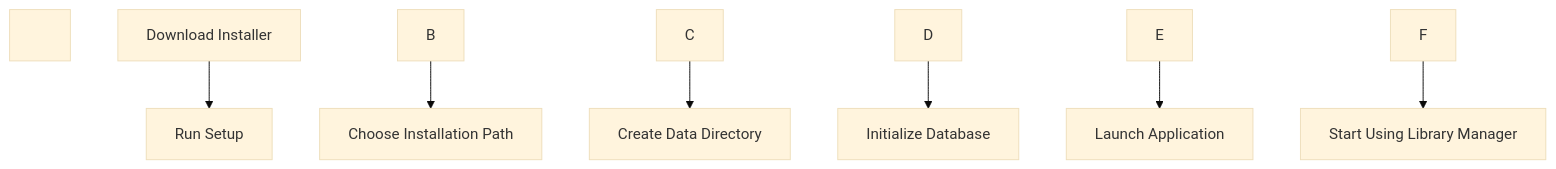
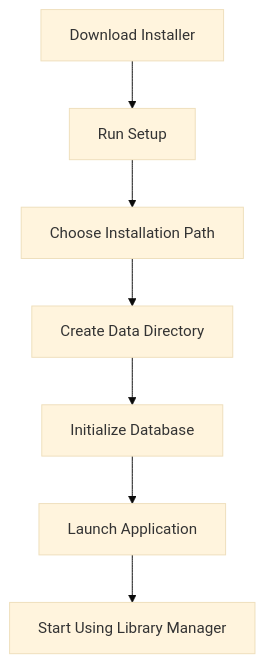
The first of 2 diagrams in docs/ressources/system_specs.md (noobix/alpha-rabbit-lms), drawn with Mermaid (base theme) before and after one commit. The commit also changed other lines of this file and 23 other files, not shown here.

````diff
--- a/docs/ressources/system_specs.md
+++ b/docs/ressources/system_specs.md
@@ -1011,17 +517,9 @@
 ```mermaid
-
 flowchart TD
-
-&nbsp;   A\[Download Installer] --> B\[Run Setup]
-
-&nbsp;   B --> C\[Choose Installation Path]
-
-&nbsp;   C --> D\[Create Data Directory]
-
-&nbsp;   D --> E\[Initialize Database]
-
-&nbsp;   E --> F\[Launch Application]
-
-&nbsp;   F --> G\[Start Using Library Manager]
-
+    A[Download Installer] --> B[Run Setup]
+    B --> C[Choose Installation Path]
+    C --> D[Create Data Directory]
+    D --> E[Initialize Database]
+    E --> F[Launch Application]
+    F --> G[Start Using Library Manager]
 ```
````
